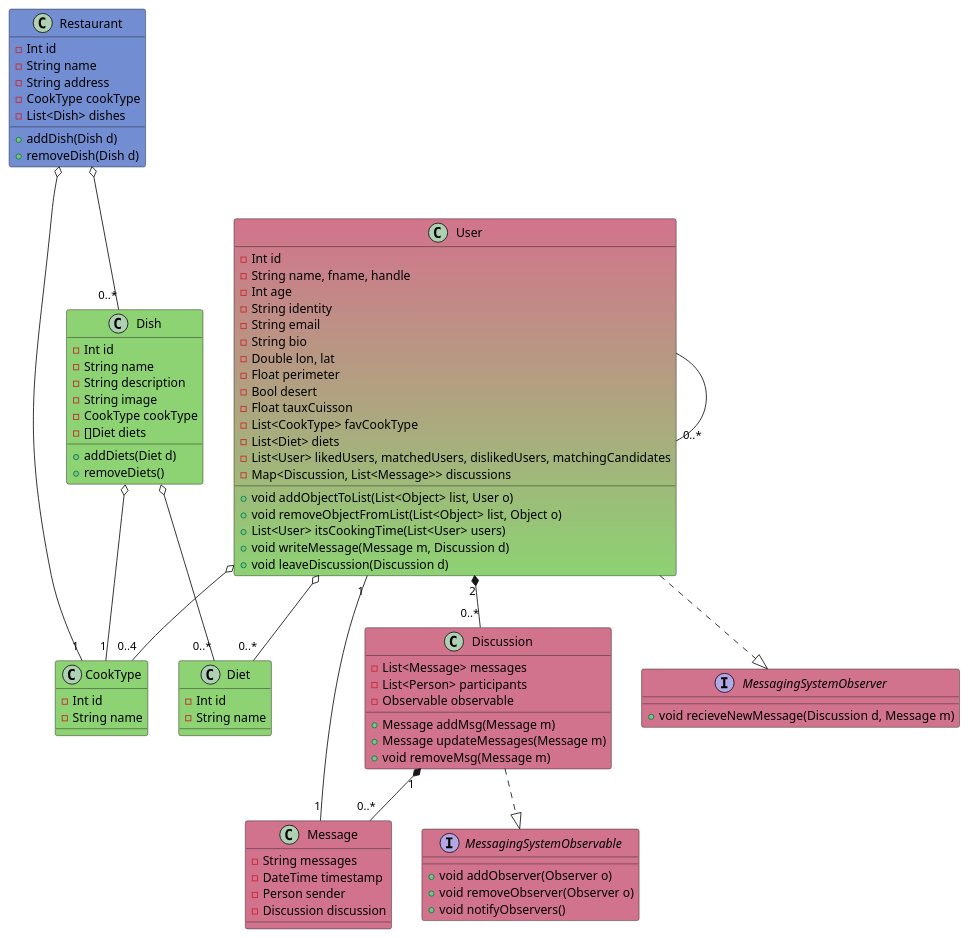
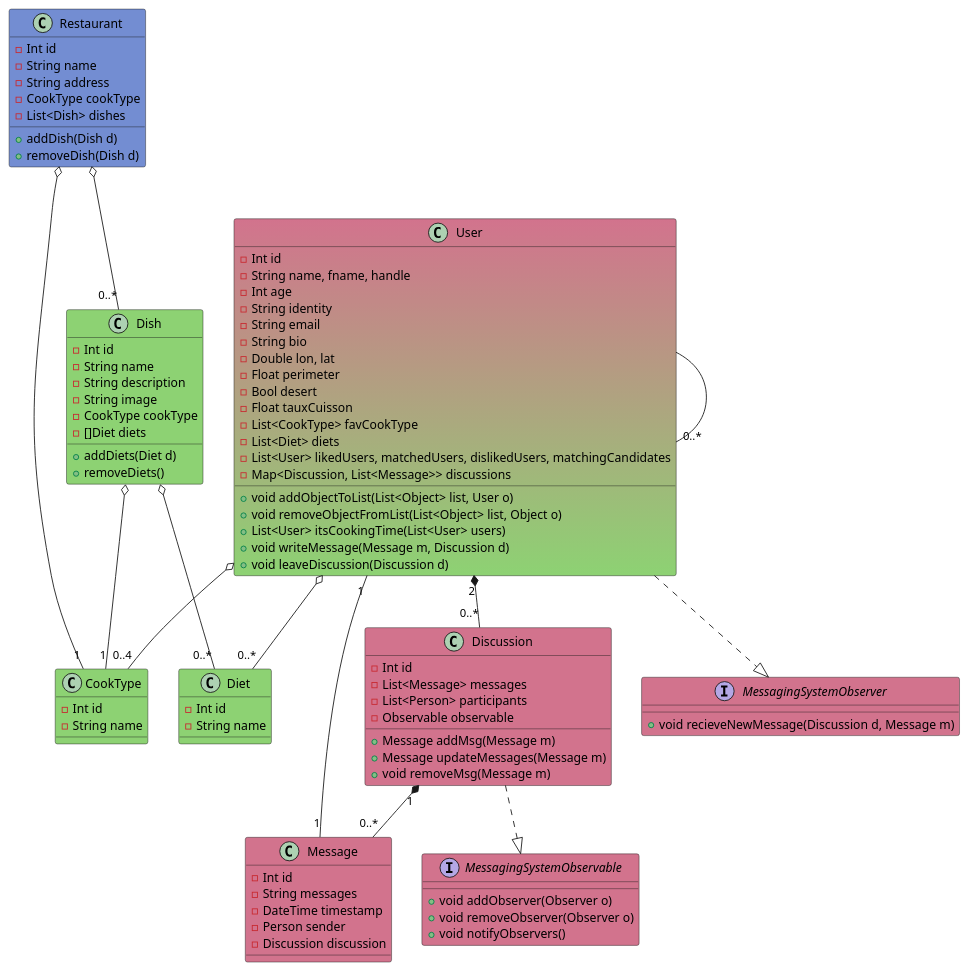
The diagram in class/general_colored.puml (UPPA-s-University-Projects/M1_SIGLIS-MeetBallsUML), drawn with PlantUML before and after one commit. The commit also changed 3 other files, not shown here.

Commit message:
Fix missing attributes in class diagrams

```diff
--- a/class/general_colored.puml
+++ b/class/general_colored.puml
@@ -1,109 +1,111 @@
 @startuml 
     Class "User" as person #D2738D-8DD273{
    
         - Int id
         - String name, fname, handle
         - Int age
         - String identity
         - String email
         - String bio
         - Double lon, lat
         - Float perimeter
         - Bool desert
         - Float tauxCuisson 
         - List<CookType> favCookType
         - List<Diet> diets
         - List<User> likedUsers, matchedUsers, dislikedUsers, matchingCandidates
         - Map<Discussion, List<Message>> discussions
 
         + void addObjectToList(List<Object> list, User o)
         + void removeObjectFromList(List<Object> list, Object o)
         + List<User> itsCookingTime(List<User> users)
         + void writeMessage(Message m, Discussion d)
         + void leaveDiscussion(Discussion d)
     }
 
     Class "CookType" as cookType #8DD273{
         - Int id
         - String name
     }
 
     Class "Diet" as diet #8DD273{
         - Int id
         - String name
     }
 
     Class "Dish" as dish #8DD273{
         - Int id
         - String name
         - String description
         - String image
         - CookType cookType
         - []Diet diets
 
         + addDiets(Diet d)
         + removeDiets()
 
     }
 
     Class "Restaurant" as restaurant #738DD2{
         - Int id
         - String name
         - String address
         - CookType cookType
         - List<Dish> dishes
 
         + addDish(Dish d)
         + removeDish(Dish d)
     }
 
 
     Class "Discussion" as discuss #D2738D{
+        - Int id
         - List<Message> messages
         - List<Person> participants
         - Observable observable
 
         + Message addMsg(Message m)
         + Message updateMessages(Message m)
         + void removeMsg(Message m)
     }
 
     Class "Message" as messaging #D2738D{
+        - Int id
         - String messages        
         - DateTime timestamp
         - Person sender
         - Discussion discussion
     }
 
     Interface "MessagingSystemObserver" as observer #D2738D{
         + void recieveNewMessage(Discussion d, Message m)
     }
 
     Interface "MessagingSystemObservable" as observable #D2738D{
         + void addObserver(Observer o)
         + void removeObserver(Observer o)
         + void notifyObservers()
     }
 
     person o-- "0..4" cookType
     person o-- "0..*" diet
     person - "0..*" person
 
     dish o-- "1" cookType
     dish o-- "0..*" diet
     
 
     discuss ..|> observable
     person ..|> observer
 
     discuss "1" *-- "0..*" messaging
     messaging "1" -- "1" person
     person "2" *-- "0..*" discuss
 
 
     restaurant o-- "1" cookType
     restaurant o-- "0..*" dish
 
     
 
 @enduml
```
